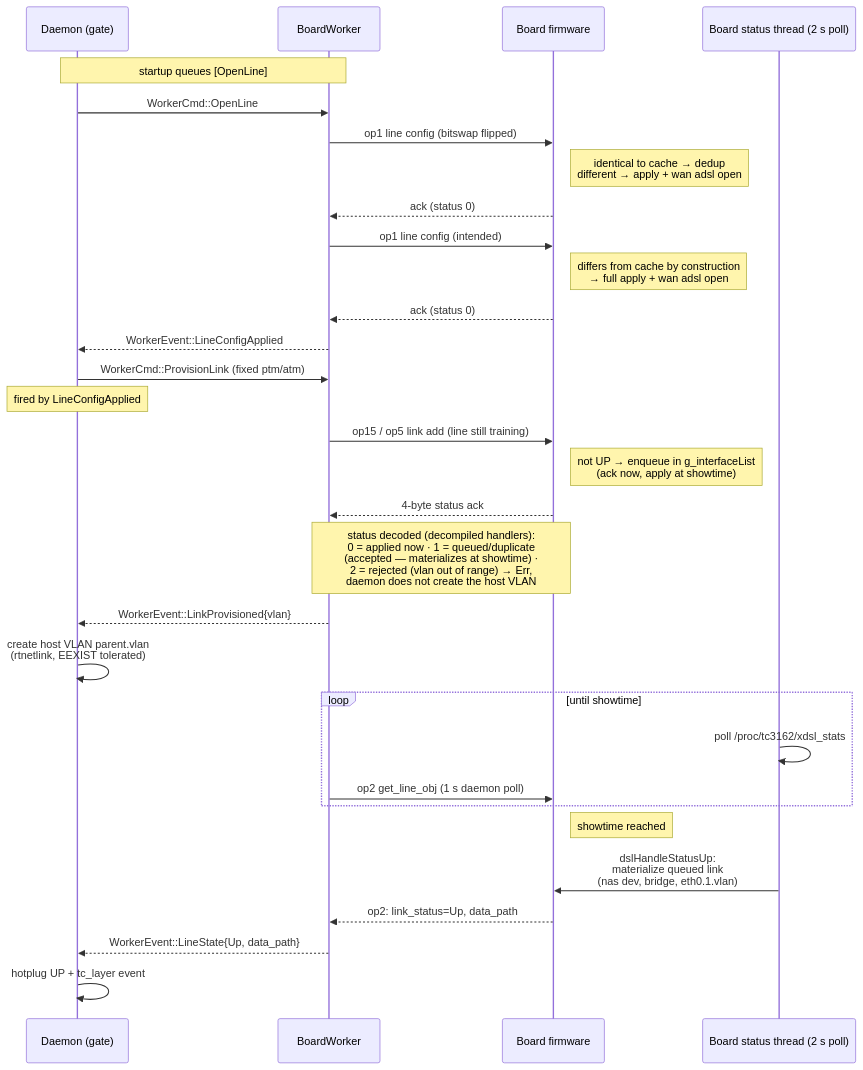
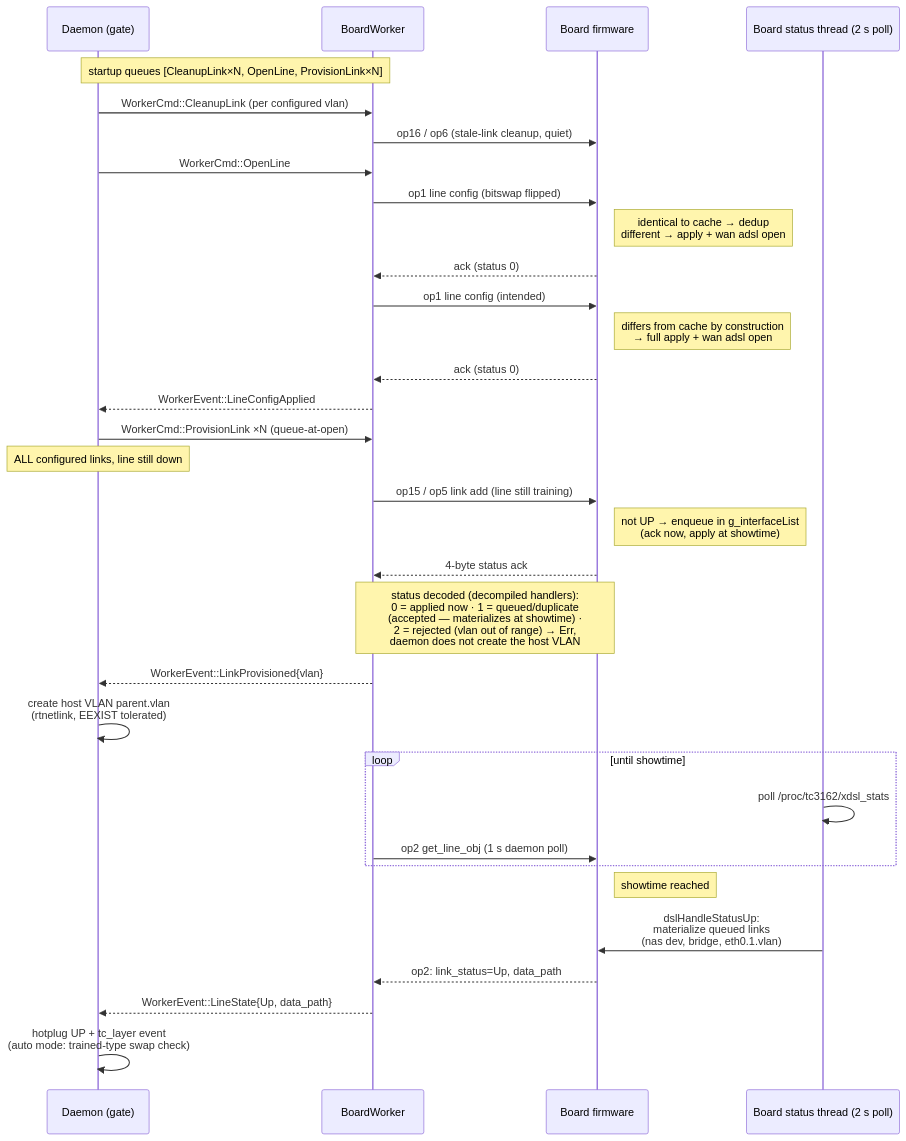
Before and after one commit to hitech95/openwrt_tplink_vx830v_rbctrl-dsl: the fourth of 6 diagrams in docs/rbctl-dsl.md, drawn with Mermaid. The commit also changed other lines of this file and 7 other files, not shown here.

First line of the commit message:
Docs: sweep stale status claims — data plane validated on-target

````diff
--- a/docs/rbctl-dsl.md
+++ b/docs/rbctl-dsl.md
@@ -306,36 +308,39 @@
 ```mermaid
 sequenceDiagram
     participant D as Daemon (gate)
     participant W as BoardWorker
     participant B as Board firmware
     participant T as Board status thread (2 s poll)
 
-    Note over D,W: startup queues [OpenLine]
+    Note over D,W: startup queues [CleanupLink×N, OpenLine, ProvisionLink×N]
+    D->>W: WorkerCmd::CleanupLink (per configured vlan)
+    W->>B: op16 / op6 (stale-link cleanup, quiet)
+
     D->>W: WorkerCmd::OpenLine
     W->>B: op1 line config (bitswap flipped)
     Note right of B: identical to cache → dedup<br/>different → apply + wan adsl open
     B-->>W: ack (status 0)
     W->>B: op1 line config (intended)
     Note right of B: differs from cache by construction<br/>→ full apply + wan adsl open
     B-->>W: ack (status 0)
     W-->>D: WorkerEvent::LineConfigApplied
 
-    D->>W: WorkerCmd::ProvisionLink (fixed ptm/atm)
-    Note over D: fired by LineConfigApplied
+    D->>W: WorkerCmd::ProvisionLink ×N (queue-at-open)
+    Note over D: ALL configured links, line still down
     W->>B: op15 / op5 link add (line still training)
     Note right of B: not UP → enqueue in g_interfaceList<br/>(ack now, apply at showtime)
     B-->>W: 4-byte status ack
     Note over W,B: status decoded (decompiled handlers):<br/>0 = applied now · 1 = queued/duplicate<br/>(accepted — materializes at showtime) ·<br/>2 = rejected (vlan out of range) → Err,<br/>daemon does not create the host VLAN
     W-->>D: WorkerEvent::LinkProvisioned{vlan}
     D->>D: create host VLAN parent.vlan<br/>(rtnetlink, EEXIST tolerated)
 
     loop until showtime
         T->>T: poll /proc/tc3162/xdsl_stats
         W->>B: op2 get_line_obj (1 s daemon poll)
     end
     Note right of B: showtime reached
-    T->>B: dslHandleStatusUp:<br/>materialize queued link<br/>(nas dev, bridge, eth0.1.vlan)
+    T->>B: dslHandleStatusUp:<br/>materialize queued links<br/>(nas dev, bridge, eth0.1.vlan)
     B-->>W: op2: link_status=Up, data_path
     W-->>D: WorkerEvent::LineState{Up, data_path}
-    D->>D: hotplug UP + tc_layer event
+    D->>D: hotplug UP + tc_layer event<br/>(auto mode: trained-type swap check)
 ```
````
